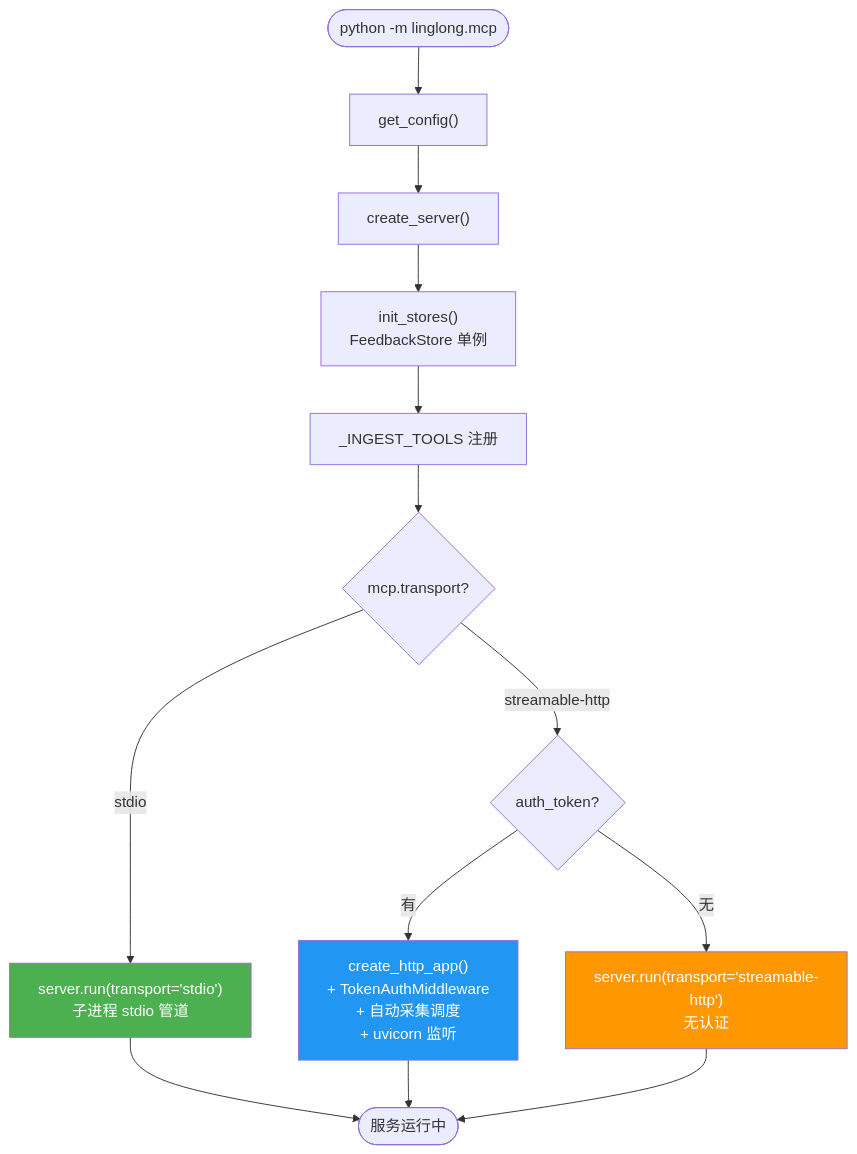
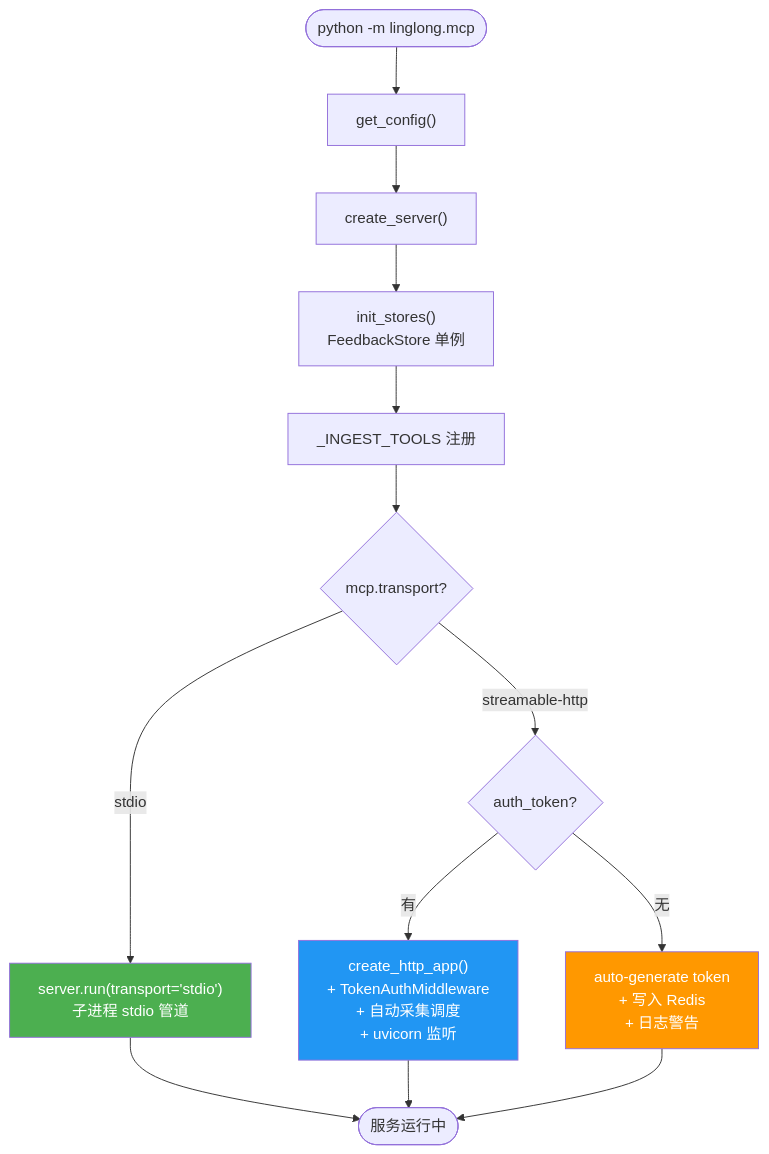
The first of 4 diagrams in docs/design/06-mcp.md (xinovate/linglong-scout), drawn with Mermaid before and after one commit. The commit also changed 2 other files, not shown here.

Commit message:
docs: 同步 06-mcp 流程图 + 工作日志第 8 项

````diff
--- a/docs/design/06-mcp.md
+++ b/docs/design/06-mcp.md
@@ -16,22 +16,22 @@
 ```mermaid
 flowchart TD
     START(["python -m linglong.mcp"]) --> CONFIG["get_config()"]
     CONFIG --> CREATE["create_server()"]
     CREATE --> INIT["init_stores()<br/>FeedbackStore 单例"]
     INIT --> REGISTER["_INGEST_TOOLS 注册"]
     REGISTER --> TRANSPORT{mcp.transport?}
 
     TRANSPORT -->|stdio| STDIO["server.run(transport='stdio')<br/>子进程 stdio 管道"]
     TRANSPORT -->|streamable-http| HTTP_CHECK{auth_token?}
 
     HTTP_CHECK -->|有| HTTP_AUTH["create_http_app()<br/>+ TokenAuthMiddleware<br/>+ 自动采集调度<br/>+ uvicorn 监听"]
-    HTTP_CHECK -->|无| HTTP_NOAUTH["server.run(transport='streamable-http')<br/>无认证"]
+    HTTP_CHECK -->|无| HTTP_AUTO["auto-generate token<br/>+ 写入 Redis<br/>+ 日志警告"]
 
     STDIO --> RUNNING(["服务运行中"])
     HTTP_AUTH --> RUNNING
-    HTTP_NOAUTH --> RUNNING
+    HTTP_AUTO --> RUNNING
 
     style STDIO fill:#4CAF50,color:#fff
     style HTTP_AUTH fill:#2196F3,color:#fff
-    style HTTP_NOAUTH fill:#FF9800,color:#fff
+    style HTTP_AUTO fill:#FF9800,color:#fff
 ```
````
